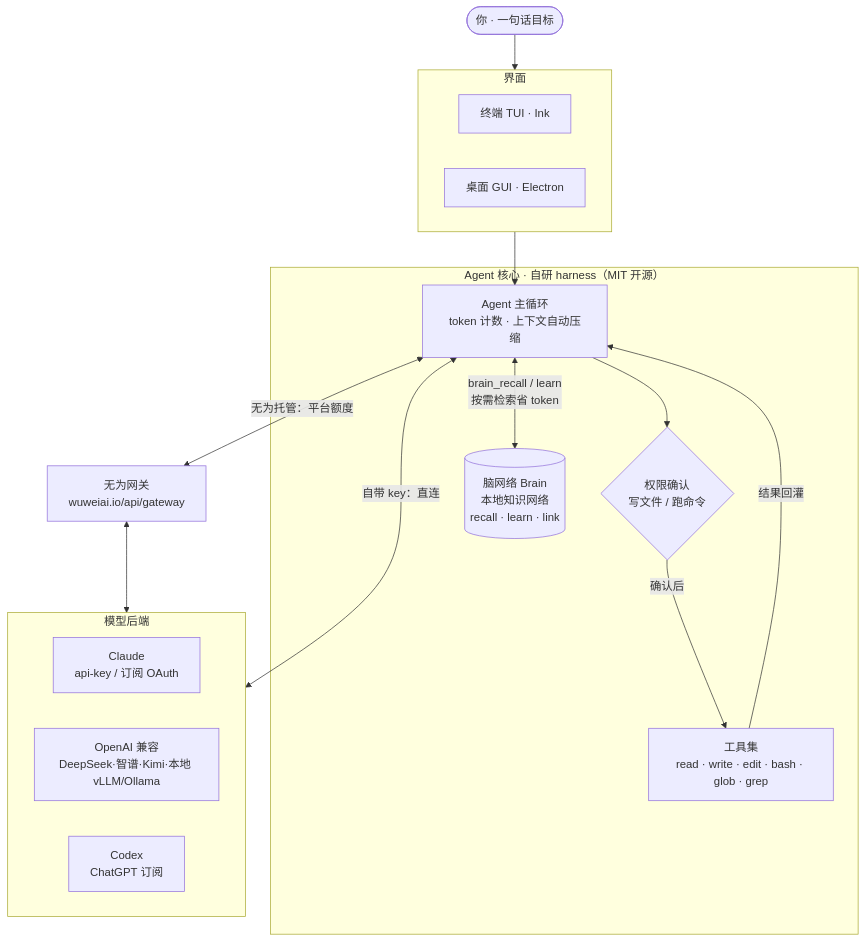
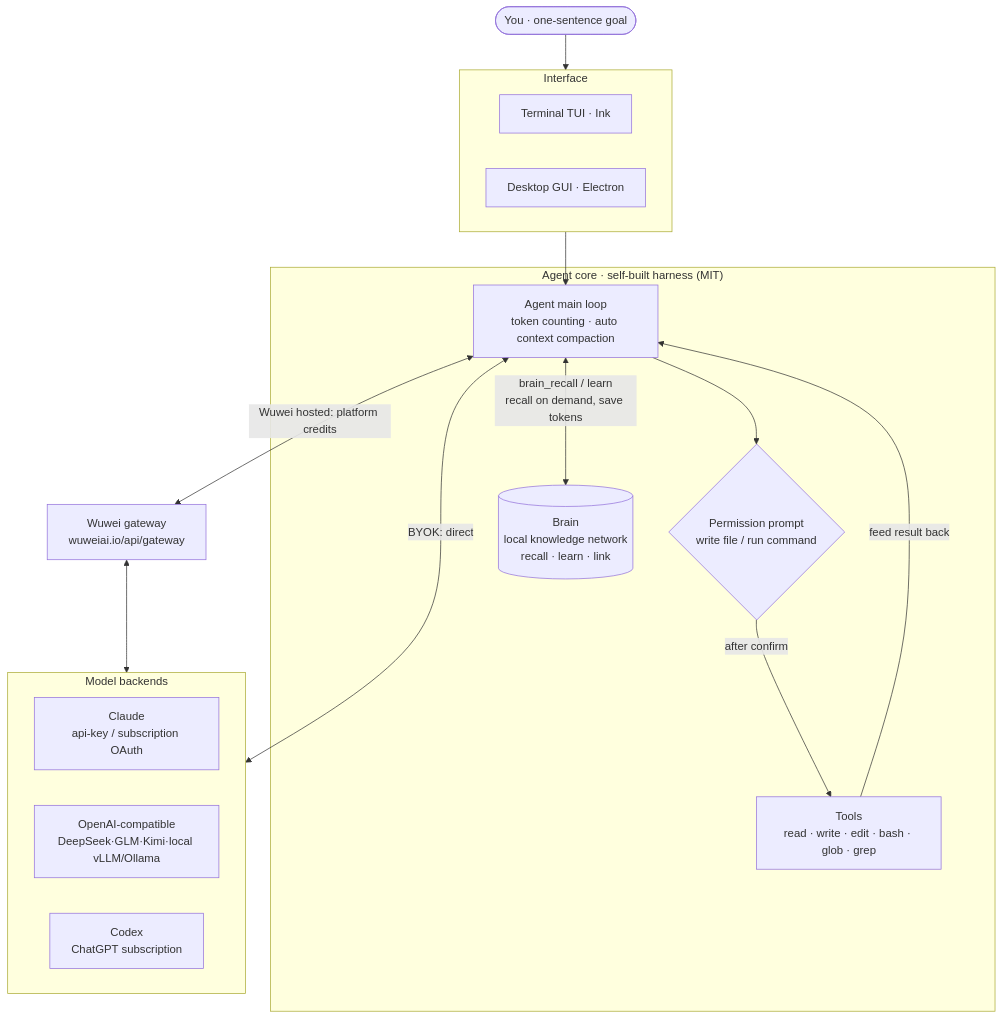
The diagram in README.md (KehuiPang/wuwei), drawn with Mermaid before and after one commit. The commit also changed other lines of this file and 1 other file, not shown here.

````diff
--- a/README.md
+++ b/README.md
@@ -55,30 +55,30 @@
 ```mermaid
 flowchart TB
-    User(["你 · 一句话目标"])
+    User(["You · one-sentence goal"])
 
-    subgraph UI["界面"]
-      TUI["终端 TUI · Ink"]
-      GUI["桌面 GUI · Electron"]
+    subgraph UI["Interface"]
+      TUI["Terminal TUI · Ink"]
+      GUI["Desktop GUI · Electron"]
     end
 
-    subgraph Core["Agent 核心 · 自研 harness（MIT 开源）"]
-      Loop["Agent 主循环<br/>token 计数 · 上下文自动压缩"]
-      Perm{"权限确认<br/>写文件 / 跑命令"}
-      Tools["工具集<br/>read · write · edit · bash · glob · grep"]
-      Brain[("脑网络 Brain<br/>本地知识网络<br/>recall · learn · link")]
+    subgraph Core["Agent core · self-built harness (MIT)"]
+      Loop["Agent main loop<br/>token counting · auto context compaction"]
+      Perm{"Permission prompt<br/>write file / run command"}
+      Tools["Tools<br/>read · write · edit · bash · glob · grep"]
+      Brain[("Brain<br/>local knowledge network<br/>recall · learn · link")]
     end
 
-    subgraph Backend["模型后端"]
-      P1["Claude<br/>api-key / 订阅 OAuth"]
-      P2["OpenAI 兼容<br/>DeepSeek·智谱·Kimi·本地 vLLM/Ollama"]
-      P3["Codex<br/>ChatGPT 订阅"]
+    subgraph Backend["Model backends"]
+      P1["Claude<br/>api-key / subscription OAuth"]
+      P2["OpenAI-compatible<br/>DeepSeek·GLM·Kimi·local vLLM/Ollama"]
+      P3["Codex<br/>ChatGPT subscription"]
     end
 
     User --> UI --> Loop
-    Loop --> Perm -->|确认后| Tools
-    Tools -->|结果回灌| Loop
-    Loop <-->|brain_recall / learn<br/>按需检索省 token| Brain
-    Loop <-->|自带 key：直连| Backend
-    Loop <-->|无为托管：平台额度| GW["无为网关<br/>wuweiai.io/api/gateway"]
+    Loop --> Perm -->|after confirm| Tools
+    Tools -->|feed result back| Loop
+    Loop <-->|brain_recall / learn<br/>recall on demand, save tokens| Brain
+    Loop <-->|BYOK: direct| Backend
+    Loop <-->|Wuwei hosted: platform credits| GW["Wuwei gateway<br/>wuweiai.io/api/gateway"]
     GW <--> Backend
 ```
````
